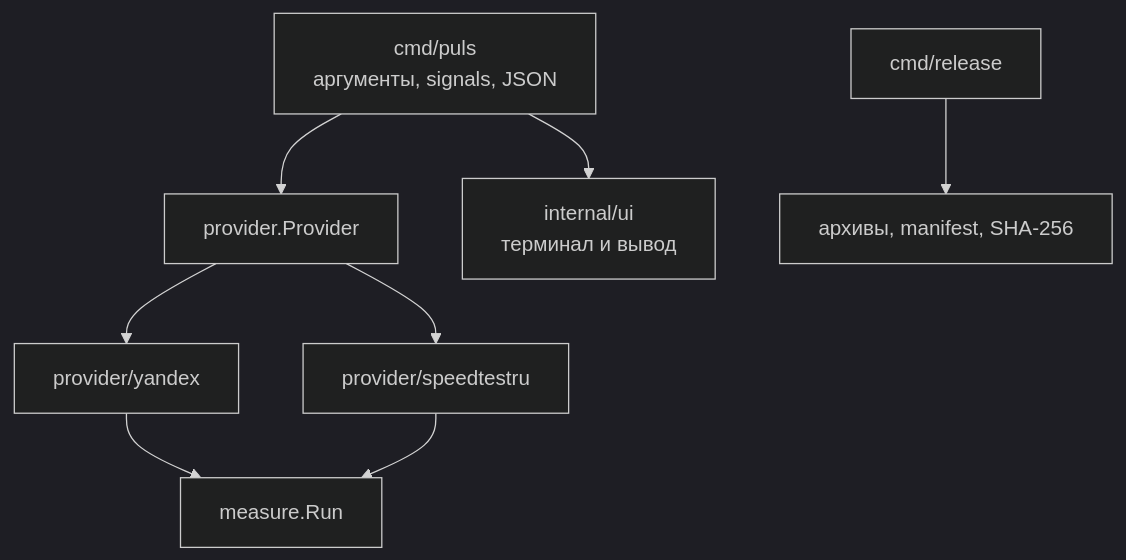
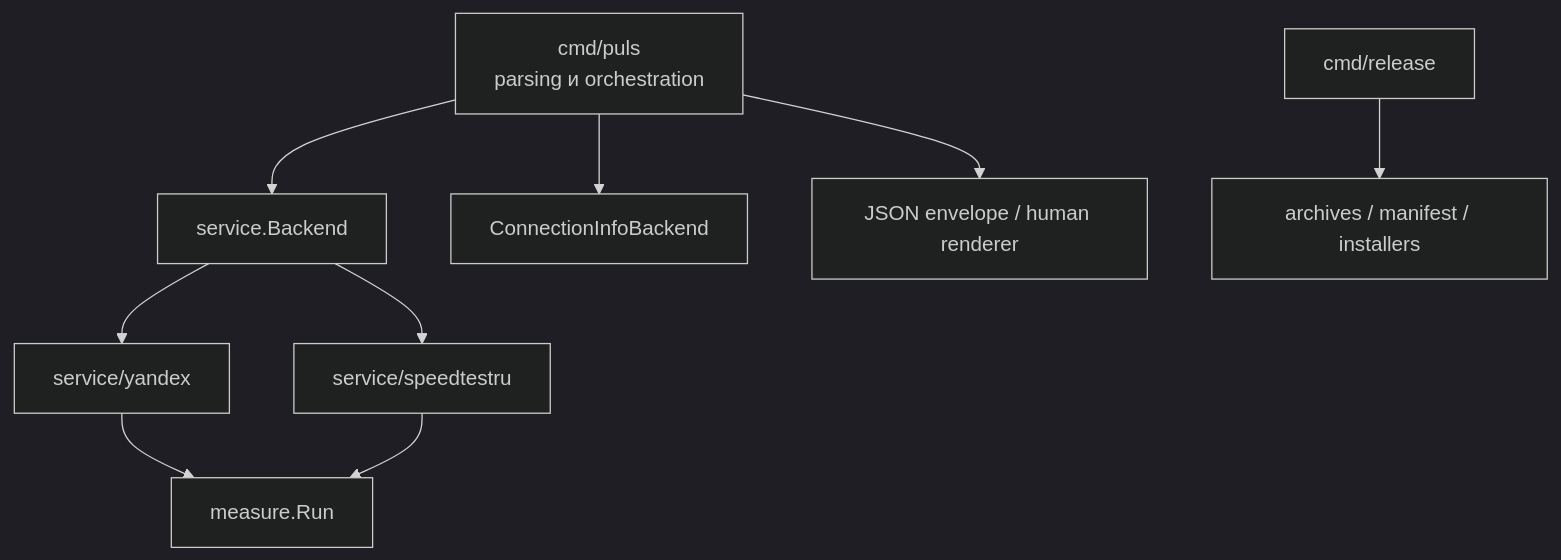
One commit to Cheviiot/Puls changed the diagram in docs/architecture.md. Above: the diagram before and after it, drawn with Mermaid (dark theme). The commit also changed other lines of this file and 57 other files, not shown here.

````diff
--- a/docs/architecture.md
+++ b/docs/architecture.md
@@ -9,10 +16,11 @@
 ```mermaid
 flowchart TD
-    CLI[cmd/puls\nаргументы, signals, JSON] --> Provider[provider.Provider]
-    Provider --> Yandex[provider/yandex]
-    Provider --> Speedtest[provider/speedtestru]
+    CLI[cmd/puls\nparsing и orchestration] --> Backend[service.Backend]
+    CLI --> Connection[ConnectionInfoBackend]
+    Backend --> Yandex[service/yandex]
+    Backend --> Speedtest[service/speedtestru]
     Yandex --> Engine[measure.Run]
     Speedtest --> Engine
-    CLI --> UI[internal/ui\nтерминал и вывод]
-    Release[cmd/release] --> Archives[архивы, manifest, SHA-256]
+    CLI --> Result[JSON envelope / human renderer]
+    Release[cmd/release] --> Assets[archives / manifest / installers]
 ```
````
